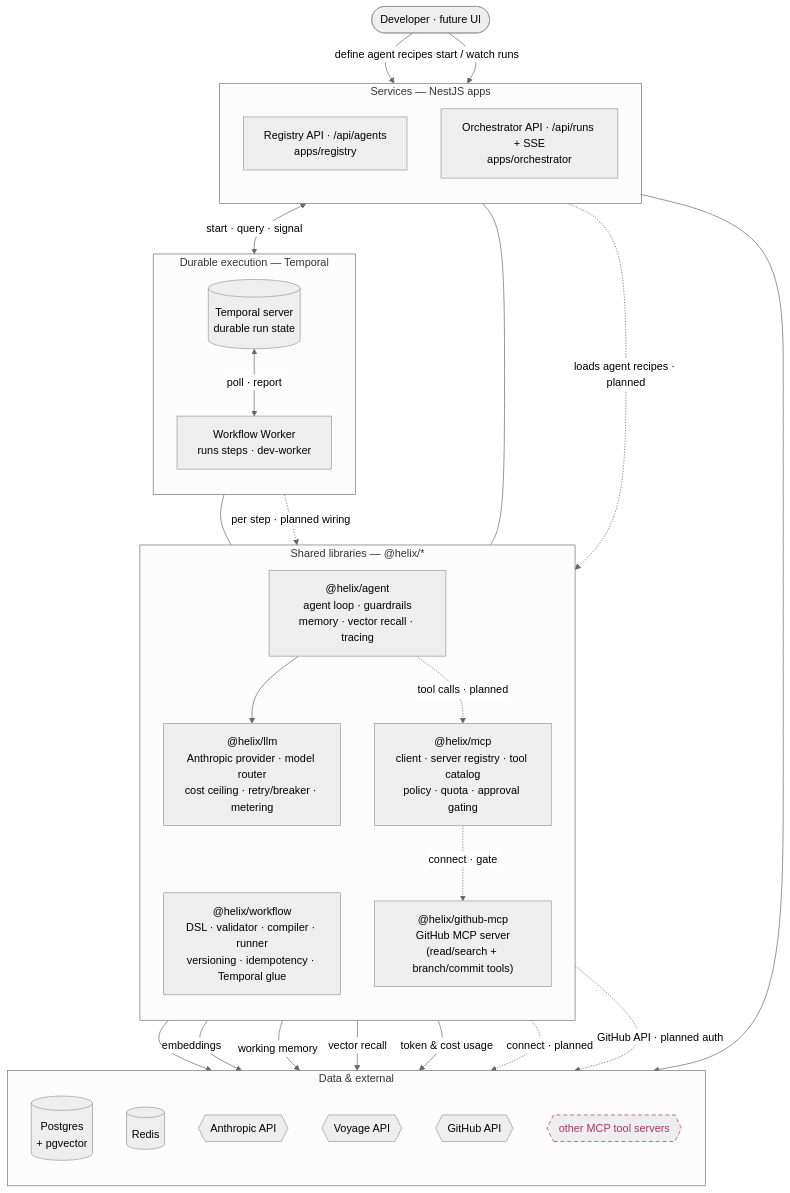
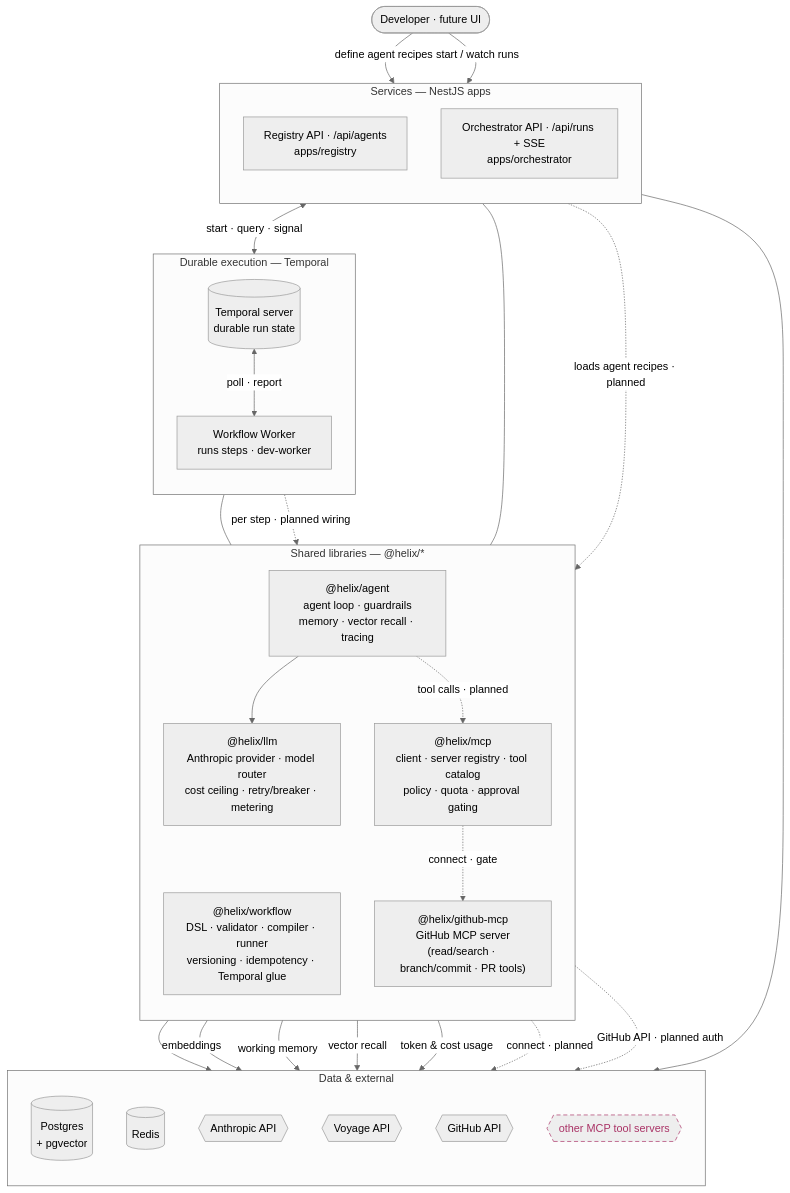
One commit to shhashhank/helix changed the first of 2 diagrams in docs/ARCHITECTURE.md. Above: the diagram before and after it, drawn with Mermaid (neutral theme). The commit also changed 8 other files, not shown here.

First line of the commit message:
HELIX-88: GitHub MCP server — PR + review-comment tools (#49)

````diff
--- a/docs/ARCHITECTURE.md
+++ b/docs/ARCHITECTURE.md
@@ -16,58 +16,58 @@
 ```mermaid
 flowchart TB
   user([Developer · future UI])
 
   subgraph svc["Services — NestJS apps"]
     direction TB
     reg["Registry API · /api/agents<br/>apps/registry"]
     orc["Orchestrator API · /api/runs + SSE<br/>apps/orchestrator"]
   end
 
   subgraph dur["Durable execution — Temporal"]
     direction TB
     tmp[("Temporal server<br/>durable run state")]
     wkr["Workflow Worker<br/>runs steps · dev-worker"]
   end
 
   subgraph lib["Shared libraries — @helix/*"]
     direction TB
     wf["@helix/workflow<br/>DSL · validator · compiler · runner<br/>versioning · idempotency · Temporal glue"]
     ag["@helix/agent<br/>agent loop · guardrails<br/>memory · vector recall · tracing"]
     lm["@helix/llm<br/>Anthropic provider · model router<br/>cost ceiling · retry/breaker · metering"]
     mc["@helix/mcp<br/>client · server registry · tool catalog<br/>policy · quota · approval gating"]
-    gh["@helix/github-mcp<br/>GitHub MCP server<br/>(read/search + branch/commit tools)"]
+    gh["@helix/github-mcp<br/>GitHub MCP server<br/>(read/search · branch/commit · PR tools)"]
   end
 
   subgraph dat["Data & external"]
     direction TB
     pg[("Postgres<br/>+ pgvector")]
     rd[("Redis")]
     an{{Anthropic API}}
     vo{{Voyage API}}
     gha{{GitHub API}}
     ext{{other MCP tool servers}}
   end
 
   user -->|define agent recipes| reg
   user -->|start / watch runs| orc
   reg --> pg
   orc <-->|start · query · signal| tmp
   tmp <-->|poll · report| wkr
   wkr --- wf
   orc --- wf
   wkr -.->|per step · planned wiring| ag
   reg -.->|loads agent recipes · planned| ag
   ag --> lm
   ag -.->|tool calls · planned| mc
   lm --> an
   ag -->|embeddings| vo
   ag -->|working memory| rd
   ag -->|vector recall| pg
   lm -->|token & cost usage| pg
   mc -.->|connect · gate| gh
   mc -.->|connect · planned| ext
   gh -.->|GitHub API · planned auth| gha
 
   classDef planned stroke-dasharray:6 4,stroke:#a36,color:#a36;
   class ext planned;
 ```
````
